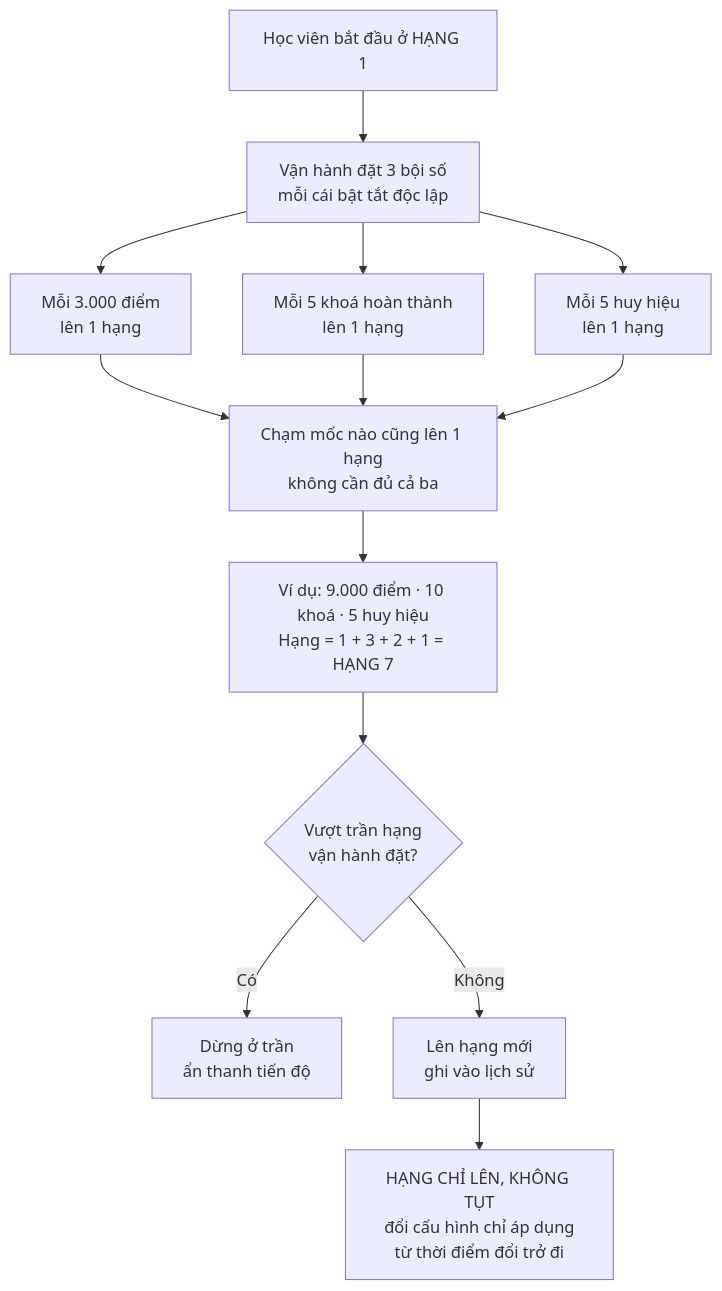
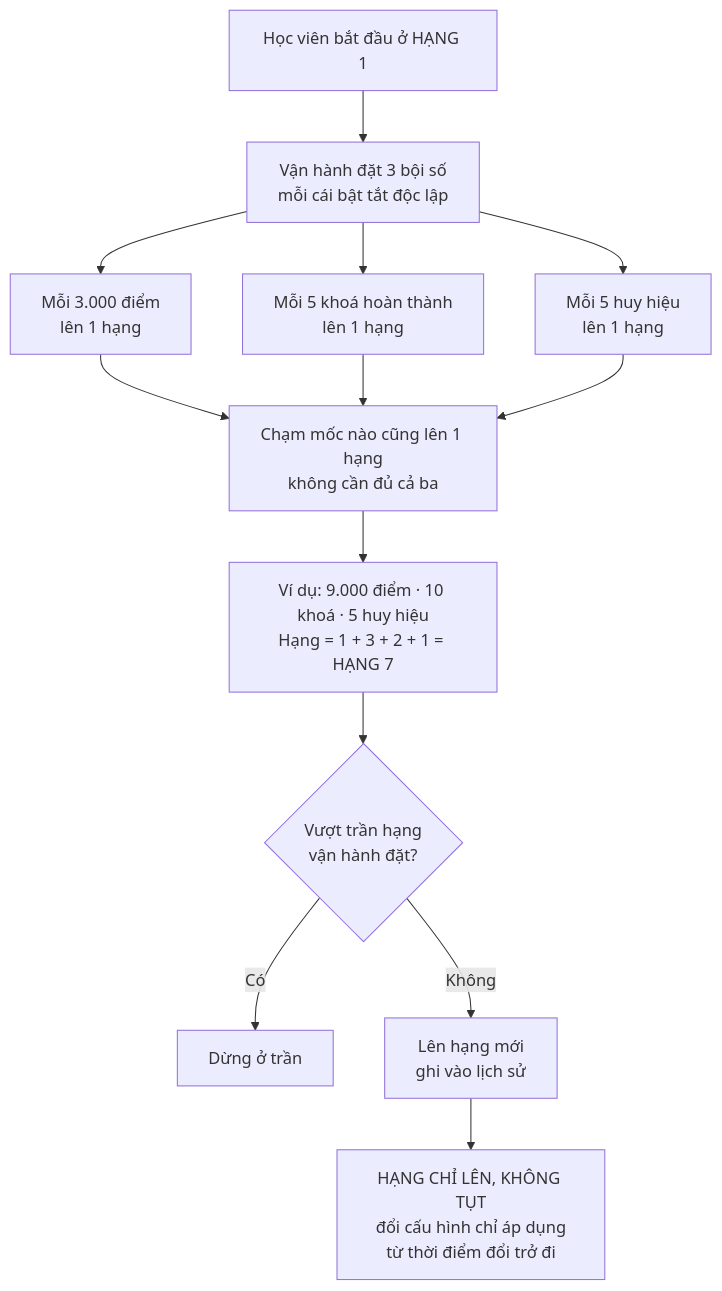
Before and after one commit to sonhero981/upbase-specs-test: the eighth of 11 diagrams in .claude/intents/260923-gamification/inception/prd/prd.md, drawn with Mermaid. The commit also changed other lines of this file and 20 other files, not shown here.

````diff
--- a/.claude/intents/260923-gamification/inception/prd/prd.md
+++ b/.claude/intents/260923-gamification/inception/prd/prd.md
@@ -1963,26 +2093,25 @@
 ```mermaid
 flowchart TD
     ST["Học viên bắt đầu ở HẠNG 1"] --> CFG["Vận hành đặt 3 bội số
 mỗi cái bật tắt độc lập"]
     CFG --> P["Mỗi 3.000 điểm
 lên 1 hạng"]
     CFG --> Q["Mỗi 5 khoá hoàn thành
 lên 1 hạng"]
     CFG --> R["Mỗi 5 huy hiệu
 lên 1 hạng"]
     P --> SUM["Chạm mốc nào cũng lên 1 hạng
 không cần đủ cả ba"]
     Q --> SUM
     R --> SUM
     SUM --> EX["Ví dụ: 9.000 điểm · 10 khoá · 5 huy hiệu
 Hạng = 1 + 3 + 2 + 1 = HẠNG 7"]
     EX --> CAP{"Vượt trần hạng
 vận hành đặt?"}
-    CAP -->|"Có"| CAPPED["Dừng ở trần
-ẩn thanh tiến độ"]
+    CAP -->|"Có"| CAPPED["Dừng ở trần"]
     CAP -->|"Không"| OK["Lên hạng mới
 ghi vào lịch sử"]
     OK --> RULE["HẠNG CHỈ LÊN, KHÔNG TỤT
 đổi cấu hình chỉ áp dụng
 từ thời điểm đổi trở đi"]
 ```
````
